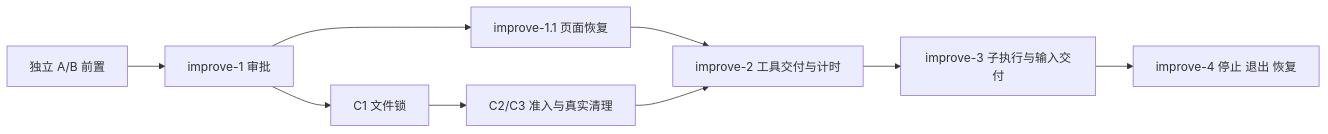
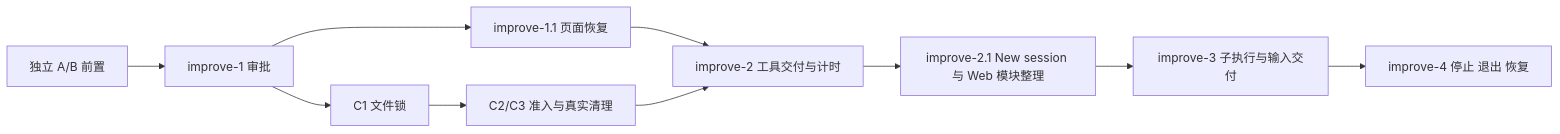
Before and after one commit to diverHansun/ohbaby-agent: the diagram in docs/problem-lists/2026-09-19-execution-reliability/README.md, drawn with Mermaid. The commit also changed other lines of this file and 11 other files, not shown here.

Commit message:
docs(reliability): define reviewed web and session refactoring contract

````diff
--- a/docs/problem-lists/2026-09-19-execution-reliability/README.md
+++ b/docs/problem-lists/2026-09-19-execution-reliability/README.md
@@ -77,11 +80,12 @@
 ```mermaid
 flowchart LR
   AB[独立 A/B 前置] --> I1[improve-1 审批]
   I1 --> I11[improve-1.1 页面恢复]
   I11 --> I2[improve-2 工具交付与计时]
   I1 --> C1
   C1[C1 文件锁] --> C23[C2/C3 准入与真实清理]
   C23 --> I2
-  I2 --> I3[improve-3 子执行与输入交付]
+  I2 --> I21[improve-2.1 New session 与 Web 模块整理]
+  I21 --> I3[improve-3 子执行与输入交付]
   I3 --> I4[improve-4 停止 退出 恢复]
 ```
````
